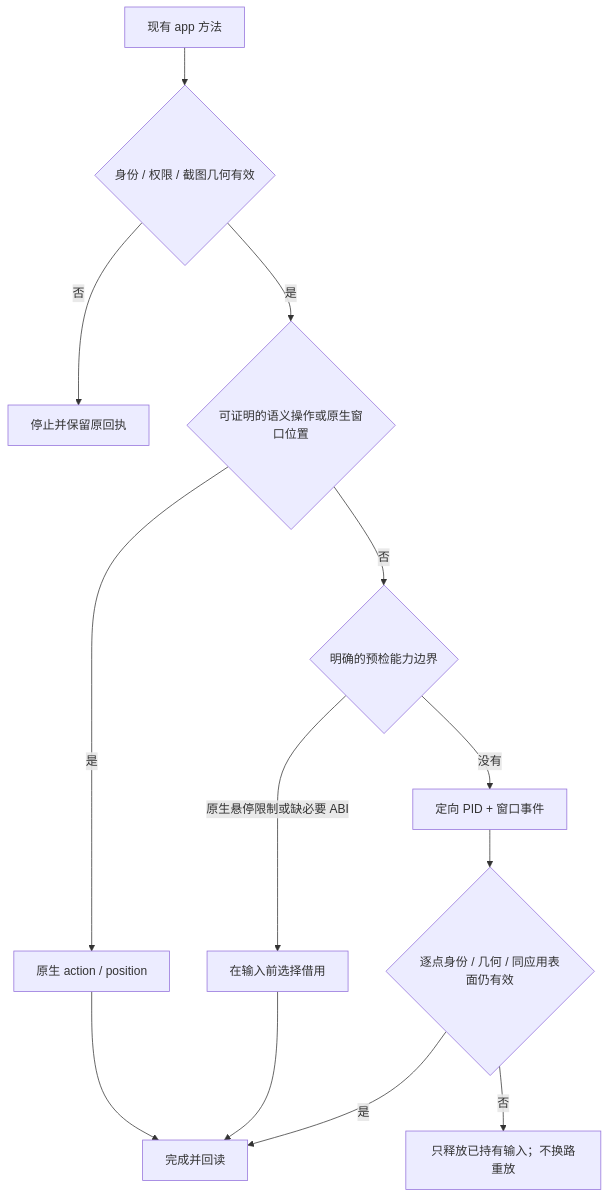
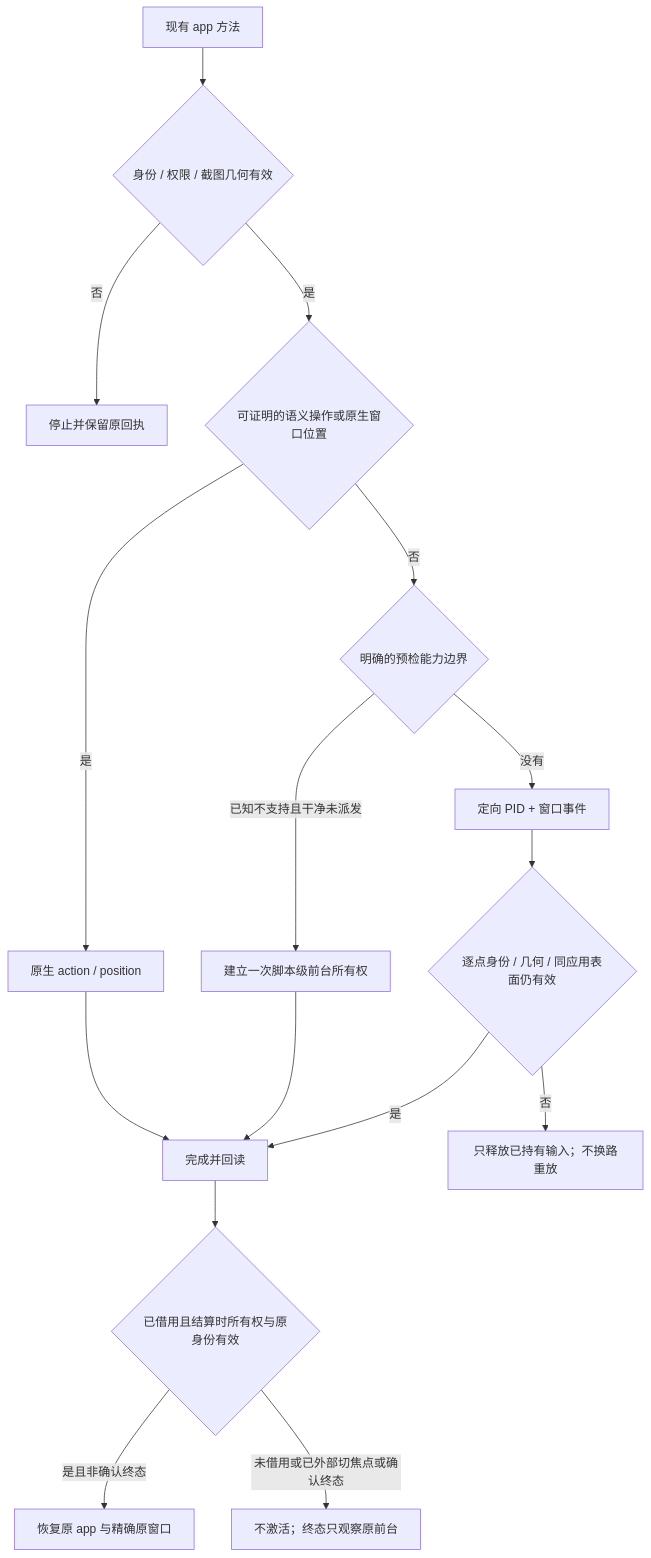
Before and after one commit to caelis-labs/desktop-world: the diagram in docs/macos-input-routing.md, drawn with Mermaid. The commit also changed other lines of this file and 134 other files, not shown here.

````diff
--- a/docs/macos-input-routing.md
+++ b/docs/macos-input-routing.md
@@ -88,15 +134,18 @@
 ```mermaid
 flowchart TD
     A[现有 app 方法] --> B{身份 / 权限 / 截图几何有效}
     B -->|否| X[停止并保留原回执]
     B -->|是| C{可证明的语义操作或原生窗口位置}
     C -->|是| N[原生 action / position]
     C -->|否| D{明确的预检能力边界}
-    D -->|原生悬停限制或缺必要 ABI| P[在输入前选择借用]
+    D -->|已知不支持且干净未派发| P[建立一次脚本级前台所有权]
     D -->|没有| I[定向 PID + 窗口事件]
     I --> G{逐点身份 / 几何 / 同应用表面仍有效}
     G -->|是| E[完成并回读]
     G -->|否| R[只释放已持有输入；不换路重放]
     P --> E
     N --> E
+    E --> S{已借用且结算时所有权与原身份有效}
+    S -->|是且非确认终态| F[恢复原 app 与精确原窗口]
+    S -->|未借用或已外部切焦点或确认终态| O[不激活；终态只观察原前台]
 ```
````
